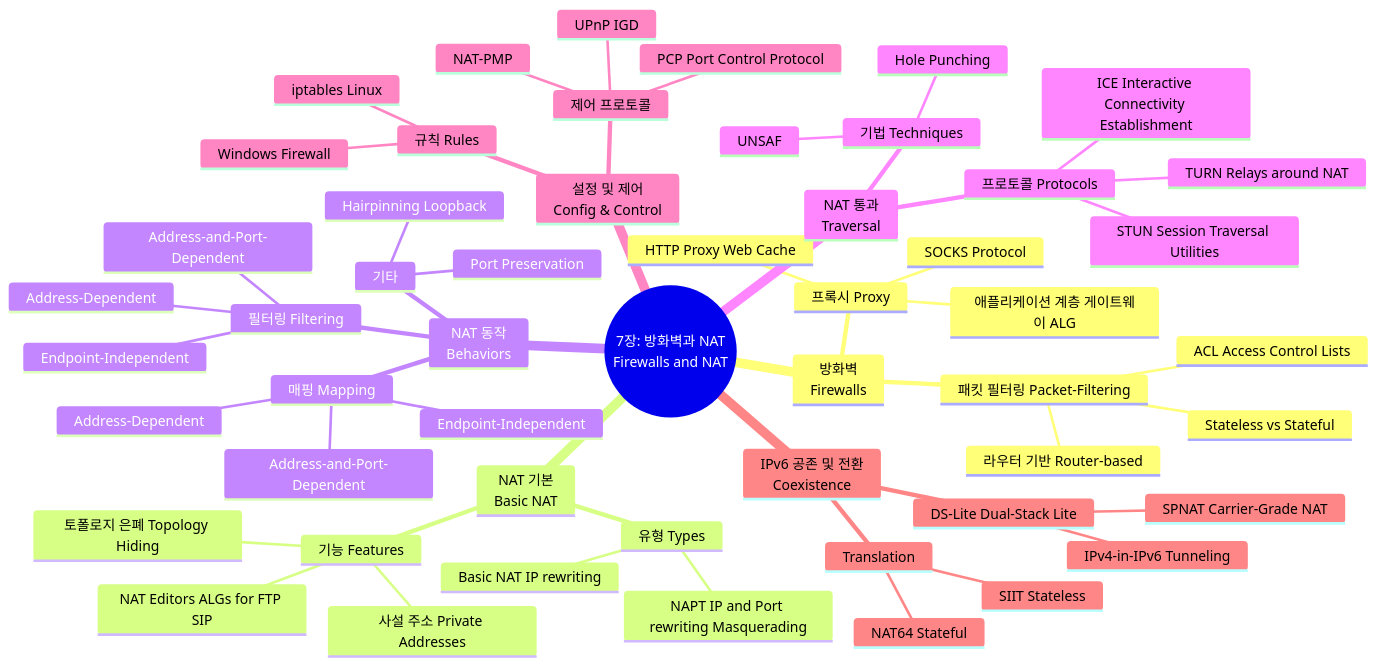
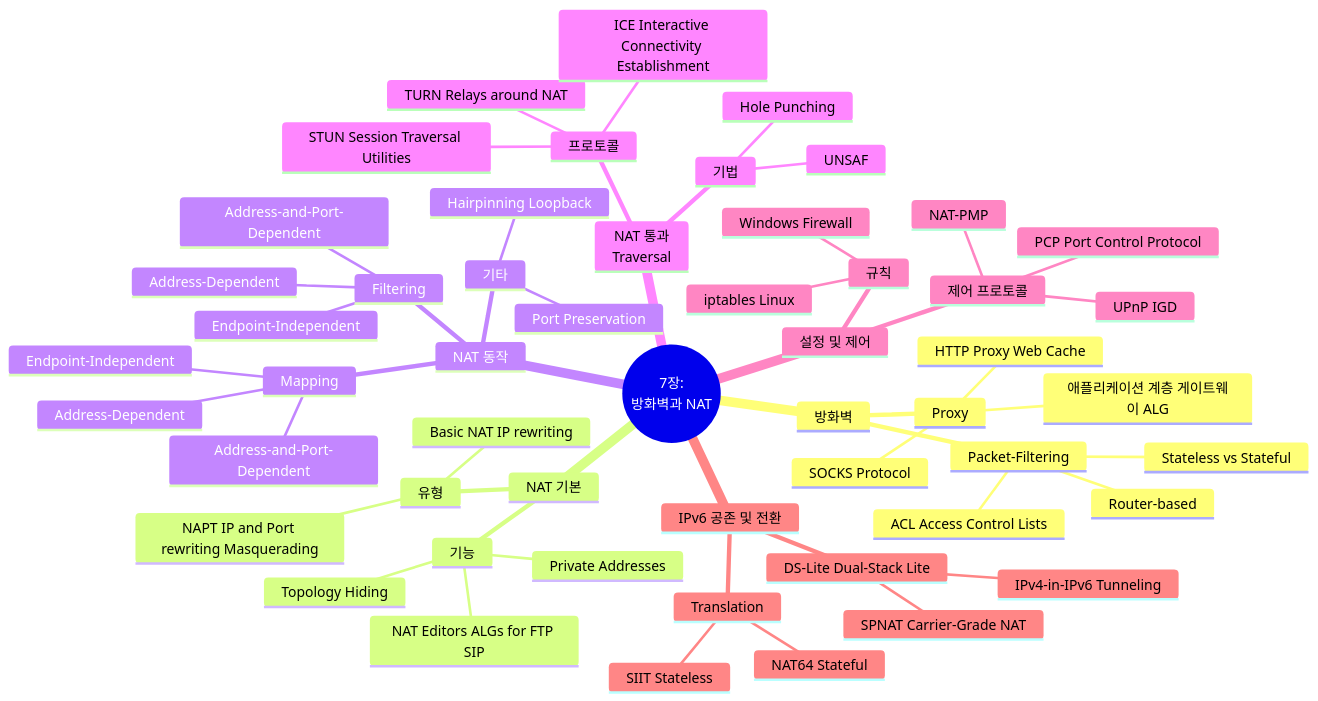
Before and after one commit to youngmin-gwon/what-i-studied: the diagram in 01_inbox/books/tcp_ip_illustrated_1/chapter7.md, drawn with Mermaid. The commit also changed other lines of this file and 4 other files, not shown here.

````diff
--- a/01_inbox/books/tcp_ip_illustrated_1/chapter7.md
+++ b/01_inbox/books/tcp_ip_illustrated_1/chapter7.md
@@ -11,56 +11,56 @@
 ```mermaid
 mindmap
-  root((7장: 방화벽과 NAT<br>Firewalls and NAT))
-    방화벽<br>Firewalls
-      패킷 필터링 Packet-Filtering
-        라우터 기반 Router-based
+  root((7장:<br>방화벽과 NAT))
+    방화벽
+      Packet-Filtering
+        Router-based
         Stateless vs Stateful
         ACL Access Control Lists
-      프록시 Proxy
+      Proxy
         애플리케이션 계층 게이트웨이 ALG
         HTTP Proxy Web Cache
         SOCKS Protocol
-    NAT 기본<br>Basic NAT
-      유형 Types
+    NAT 기본
+      유형
         Basic NAT IP rewriting
         NAPT IP and Port rewriting Masquerading
-      기능 Features
-        사설 주소 Private Addresses
-        토폴로지 은폐 Topology Hiding
+      기능
+        Private Addresses
+        Topology Hiding
         NAT Editors ALGs for FTP SIP
-    NAT 동작<br>Behaviors
-      매핑 Mapping
+    NAT 동작
+      Mapping
         Endpoint-Independent
         Address-Dependent
         Address-and-Port-Dependent
-      필터링 Filtering
+      Filtering
         Endpoint-Independent
         Address-Dependent
         Address-and-Port-Dependent
       기타
         Hairpinning Loopback
         Port Preservation
     NAT 통과<br>Traversal
-      기법 Techniques
+      기법
         Hole Punching
         UNSAF
-      프로토콜 Protocols
+      프로토콜
         STUN Session Traversal Utilities
         TURN Relays around NAT
         ICE Interactive Connectivity Establishment
-    설정 및 제어<br>Config & Control
-      규칙 Rules
+    설정 및 제어
+      규칙
         iptables Linux
         Windows Firewall
       제어 프로토콜
         UPnP IGD
         NAT-PMP
         PCP Port Control Protocol
-    IPv6 공존 및 전환<br>Coexistence
+    IPv6 공존 및 전환
       DS-Lite Dual-Stack Lite
         IPv4-in-IPv6 Tunneling
         SPNAT Carrier-Grade NAT
       Translation
         NAT64 Stateful
         SIIT Stateless
 ```
````
